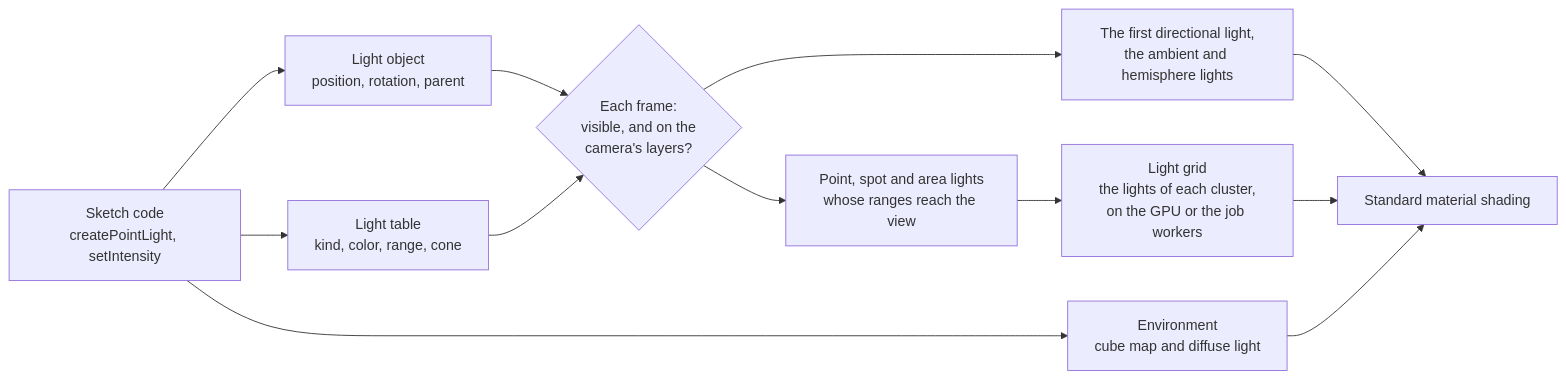
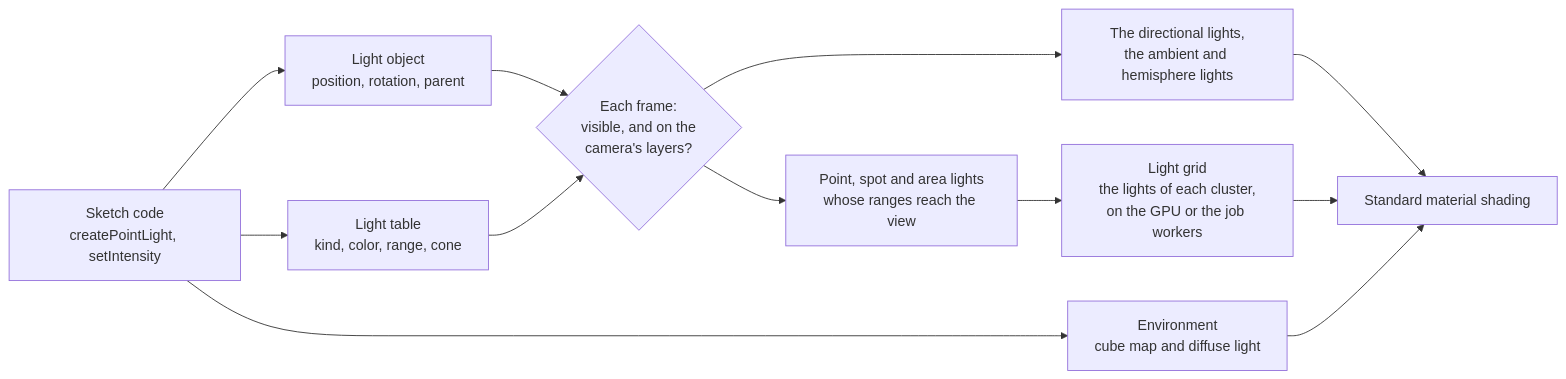
Before and after one commit to null3d-engine/null3d: the first of 6 diagrams in docs/concepts/lighting.md, drawn with Mermaid. The commit also changed other lines of this file and 31 other files, not shown here.

First line of the commit message:
feat(render): light up to four directional lights

````diff
--- a/docs/concepts/lighting.md
+++ b/docs/concepts/lighting.md
@@ -13,14 +13,14 @@
 ```mermaid
 flowchart LR
     sketch["Sketch code<br/>createPointLight, setIntensity"] --> object["Light object<br/>position, rotation, parent"]
     sketch --> table["Light table<br/>kind, color, range, cone"]
     sketch --> env["Environment<br/>cube map and diffuse light"]
     object --> frame{"Each frame:<br/>visible, and on the<br/>camera's layers?"}
     table --> frame
-    frame --> main["The first directional light,<br/>the ambient and hemisphere lights"]
+    frame --> main["The directional lights,<br/>the ambient and hemisphere lights"]
     frame --> list["Point, spot and area lights<br/>whose ranges reach the view"]
     list --> grid["Light grid<br/>the lights of each cluster,<br/>on the GPU or the job workers"]
     main --> shading["Standard material shading"]
     grid --> shading
     env --> shading
 ```
````
